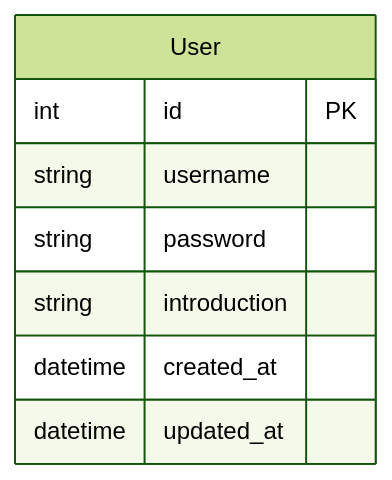
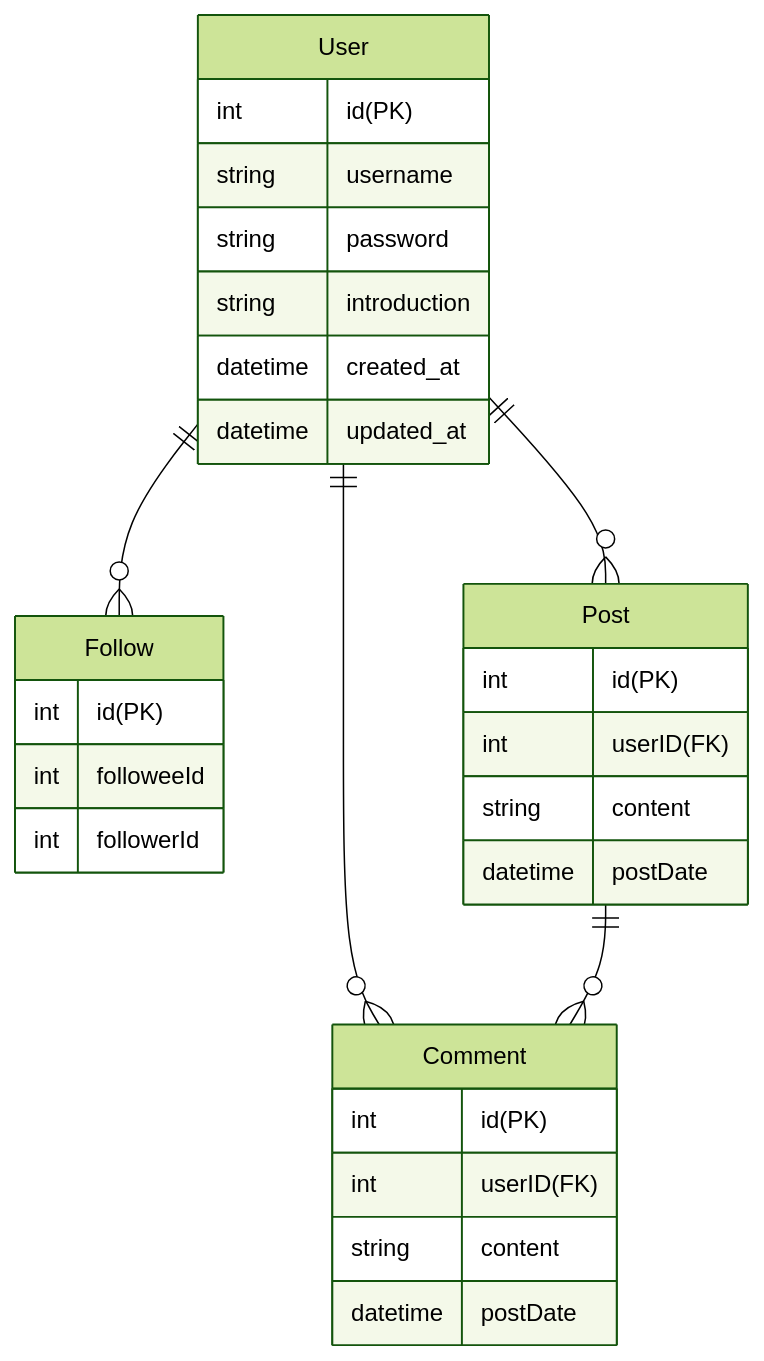
One commit to Eiji1010/Social-Networking-Service changed the diagram in Readme.md. Above: the diagram before and after it, drawn with Mermaid (forest theme).

Commit message:
ER図更新 - Readme.mdにFollow、Post、CommentのER図を追加

````diff
--- a/Readme.md
+++ b/Readme.md
@@ -2,11 +2,32 @@
 ```mermaid
 erDiagram
   User {
-    int id PK
+    int id(PK)
     string username
     string password
     string introduction
     datetime created_at
     datetime updated_at
   }
+  Follow {
+    int id(PK)
+    int followeeId
+    int followerId
+  }
+  Post {
+    int id(PK)
+    int userID(FK)
+    string content
+    datetime postDate
+  }
+  Comment {
+    int id(PK)
+    int userID(FK)
+    string content
+    datetime postDate
+  }
+  User ||--o{ Follow : ""
+  User ||--o{ Post: ""
+  User ||--o{ Comment : ""
+  Post ||--o{ Comment : ""
 ```
````
